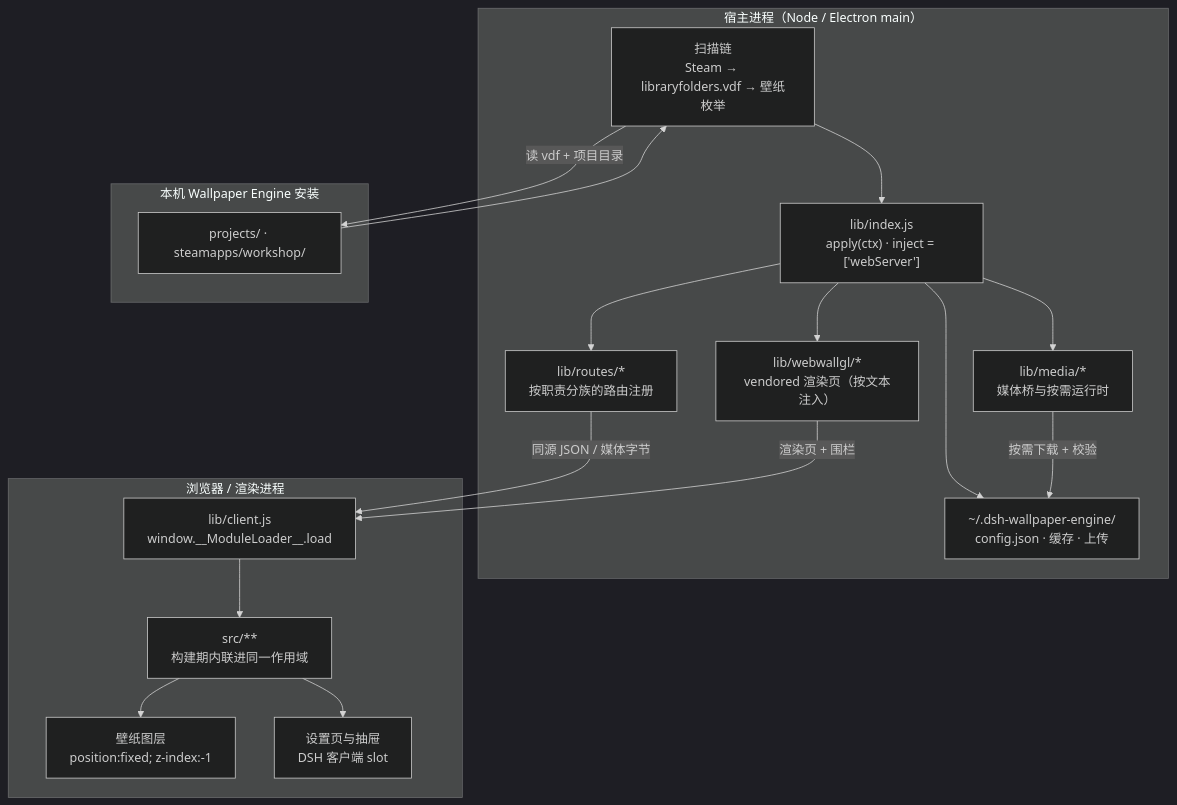
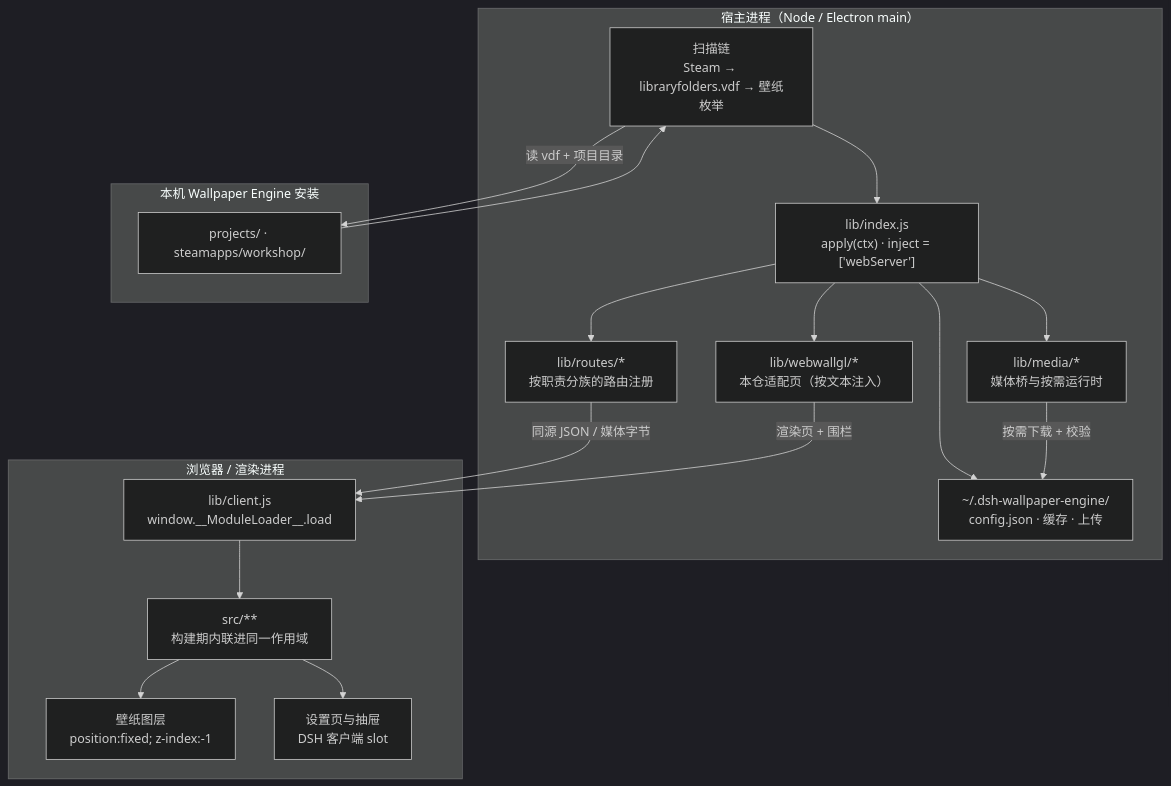
The first of 5 diagrams in docs/CODE-STRUCTURE.md (AuroraAeon/dsh-wallpaper-engine), drawn with Mermaid (dark theme) before and after one commit. The commit also changed other lines of this file and 38 other files, not shown here.

````diff
--- a/docs/CODE-STRUCTURE.md
+++ b/docs/CODE-STRUCTURE.md
@@ -64,36 +64,36 @@
 ```mermaid
 graph TB
     subgraph Host["宿主进程（Node / Electron main）"]
         IDX["lib/index.js<br/>apply(ctx) · inject = ['webServer']"]
         ROUTES["lib/routes/*<br/>按职责分族的路由注册"]
         MEDIA["lib/media/*<br/>媒体桥与按需运行时"]
         SCAN["扫描链<br/>Steam → libraryfolders.vdf → 壁纸枚举"]
-        WEB["lib/webwallgl/*<br/>vendored 渲染页（按文本注入）"]
+        WEB["lib/webwallgl/*<br/>本仓适配页（按文本注入）"]
         STORE["~/.dsh-wallpaper-engine/<br/>config.json · 缓存 · 上传"]
     end
 
     subgraph Client["浏览器 / 渲染进程"]
         CLI["lib/client.js<br/>window.__ModuleLoader__.load"]
         SRC["src/**<br/>构建期内联进同一作用域"]
         LAYER["壁纸图层<br/>position:fixed; z-index:-1"]
         PANEL["设置页与抽屉<br/>DSH 客户端 slot"]
     end
 
     subgraph WE["本机 Wallpaper Engine 安装"]
         PROJ["projects/ · steamapps/workshop/"]
     end
 
     SCAN -->|读 vdf + 项目目录| PROJ
     PROJ --> SCAN
     SCAN --> IDX
     IDX --> ROUTES
     IDX --> MEDIA
     IDX --> WEB
     IDX --> STORE
     ROUTES -->|同源 JSON / 媒体字节| CLI
     WEB -->|渲染页 + 围栏| CLI
     CLI --> SRC
     SRC --> LAYER
     SRC --> PANEL
     MEDIA -->|按需下载 + 校验| STORE
 ```
````
